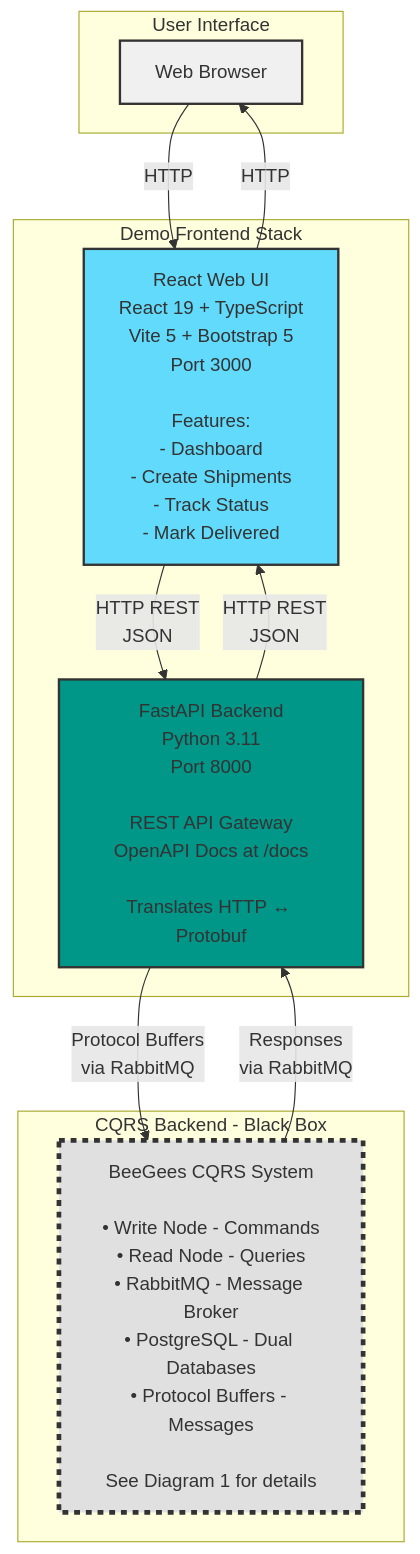
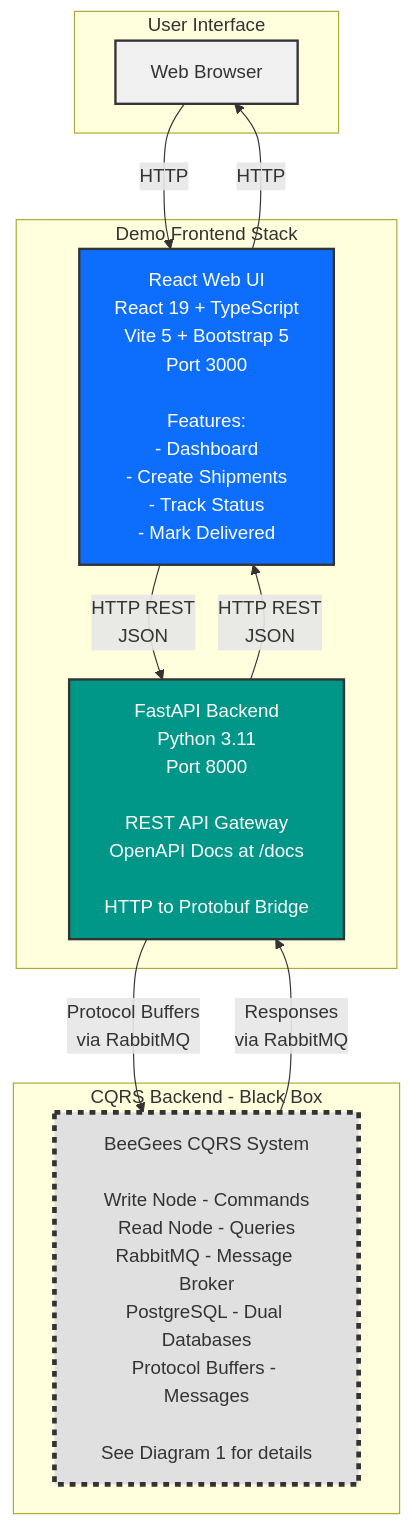
Before and after one commit to eliodecolli/CSharp-CQRS: the second of 2 diagrams in ARCHITECTURE.md, drawn with Mermaid. The commit also changed other lines of this file, not shown here.

Commit message:
Fixed diagram code

````diff
--- a/ARCHITECTURE.md
+++ b/ARCHITECTURE.md
@@ -122,29 +122,29 @@
 ```mermaid
 graph TB
     subgraph "User Interface"
         BROWSER[Web Browser]
     end
 
     subgraph "Demo Frontend Stack"
         UI[React Web UI<br/>React 19 + TypeScript<br/>Vite 5 + Bootstrap 5<br/>Port 3000<br/><br/>Features:<br/>- Dashboard<br/>- Create Shipments<br/>- Track Status<br/>- Mark Delivered]
 
-        API[FastAPI Backend<br/>Python 3.11<br/>Port 8000<br/><br/>REST API Gateway<br/>OpenAPI Docs at /docs<br/><br/>Translates HTTP ↔ Protobuf]
+        API[FastAPI Backend<br/>Python 3.11<br/>Port 8000<br/><br/>REST API Gateway<br/>OpenAPI Docs at /docs<br/><br/>HTTP to Protobuf Bridge]
     end
 
     subgraph "CQRS Backend - Black Box"
-        BACKEND[BeeGees CQRS System<br/><br/>• Write Node - Commands<br/>• Read Node - Queries<br/>• RabbitMQ - Message Broker<br/>• PostgreSQL - Dual Databases<br/>• Protocol Buffers - Messages<br/><br/>See Diagram 1 for details]
+        BACKEND[BeeGees CQRS System<br/><br/>Write Node - Commands<br/>Read Node - Queries<br/>RabbitMQ - Message Broker<br/>PostgreSQL - Dual Databases<br/>Protocol Buffers - Messages<br/><br/>See Diagram 1 for details]
     end
 
     %% User interactions
     BROWSER -->|HTTP| UI
     UI -->|HTTP REST<br/>JSON| API
     API -->|Protocol Buffers<br/>via RabbitMQ| BACKEND
     BACKEND -->|Responses<br/>via RabbitMQ| API
     API -->|HTTP REST<br/>JSON| UI
     UI -->|HTTP| BROWSER
 
     style BROWSER fill:#f0f0f0,stroke:#333,stroke-width:2px
-    style UI fill:#61dafb,stroke:#333,stroke-width:2px
-    style API fill:#009688,stroke:#333,stroke-width:2px
+    style UI fill:#0d6efd,stroke:#333,stroke-width:2px,color:#fff
+    style API fill:#009688,stroke:#333,stroke-width:2px,color:#fff
     style BACKEND fill:#e0e0e0,stroke:#333,stroke-width:4px,stroke-dasharray: 5 5
 ```
````
